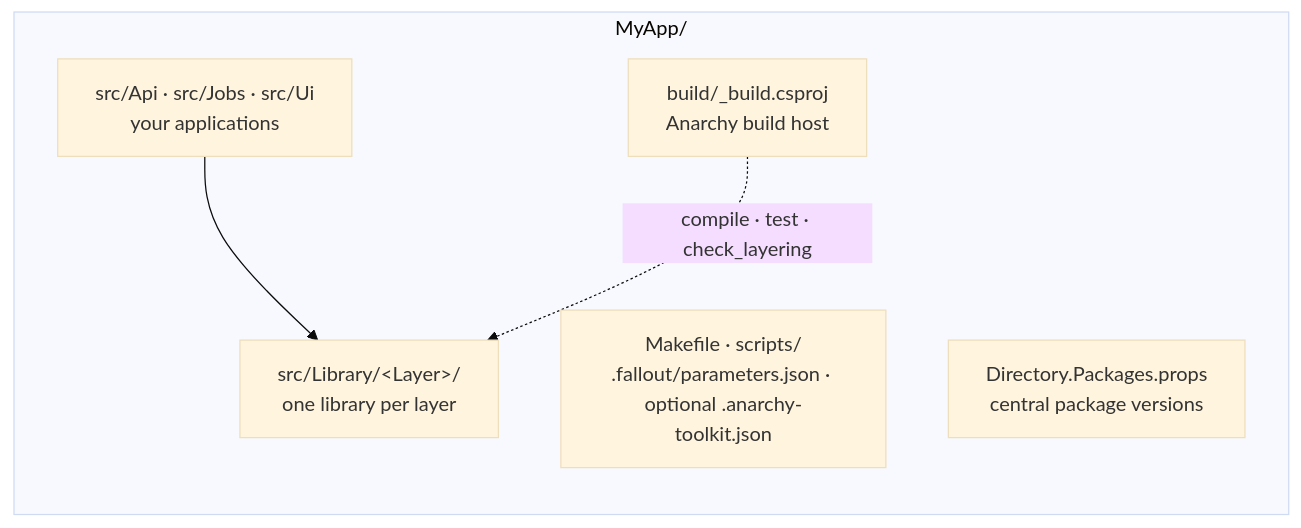
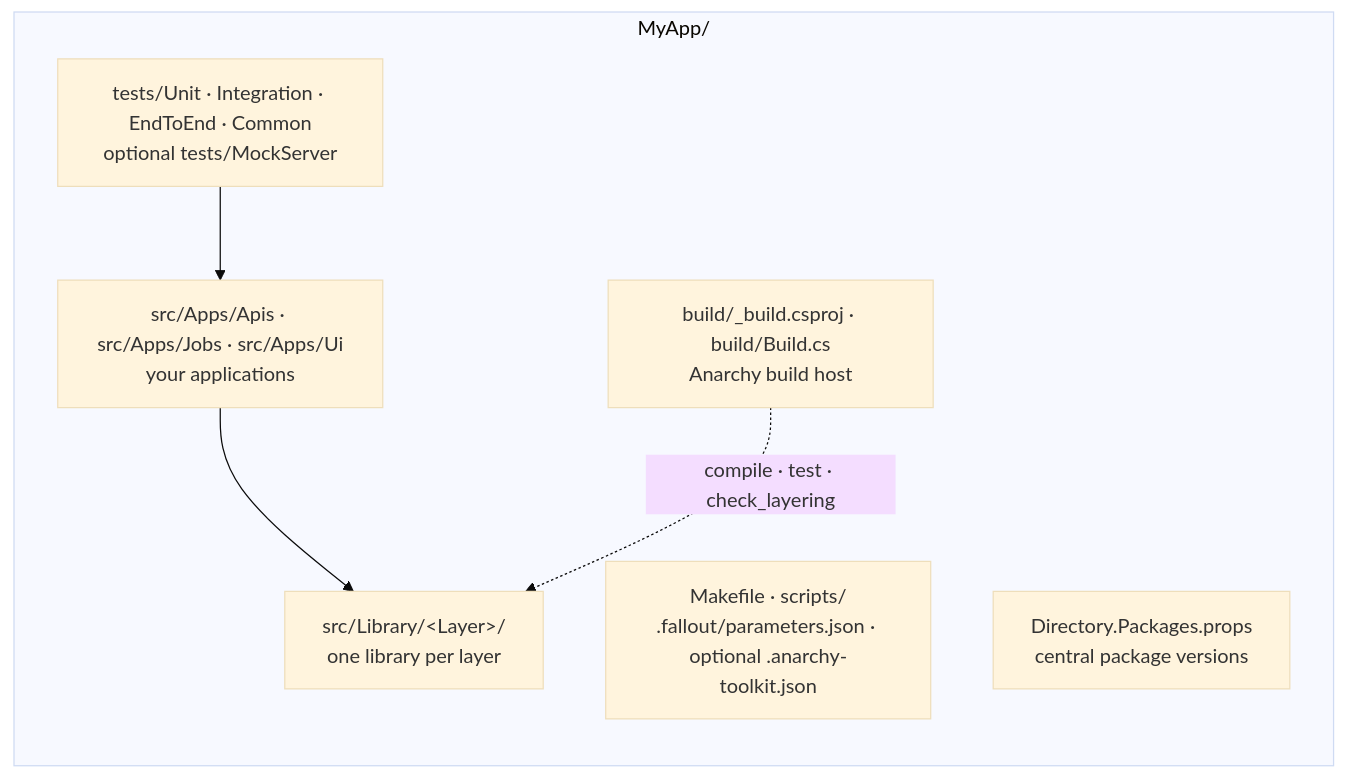
Before and after one commit to anarchy-io/anarchy-toolkit: the diagram in docs/portal/getting-started/cli-tool.md, drawn with Mermaid (base theme). The commit also changed other lines of this file and 123 other files, not shown here.

````diff
--- a/docs/portal/getting-started/cli-tool.md
+++ b/docs/portal/getting-started/cli-tool.md
@@ -50,13 +55,15 @@
 ```mermaid
 flowchart LR
     subgraph Solution["MyApp/"]
         direction TB
         Libs["src/Library/&lt;Layer&gt;/<br/>one library per layer"]
-        Apps["src/Api · src/Jobs · src/Ui<br/>your applications"]
-        Build["build/_build.csproj<br/>Anarchy build host"]
+        Apps["src/Apps/Apis · src/Apps/Jobs · src/Apps/Ui<br/>your applications"]
+        Tests["tests/Unit · Integration · EndToEnd · Common<br/>optional tests/MockServer"]
+        Build["build/_build.csproj · build/Build.cs<br/>Anarchy build host"]
         Tooling["Makefile · scripts/<br/>.fallout/parameters.json · optional .anarchy-toolkit.json"]
         Props["Directory.Packages.props<br/>central package versions"]
     end
     Apps --> Libs
+    Tests --> Apps
     Build -.->|"compile · test · check_layering"| Libs
 ```
````
